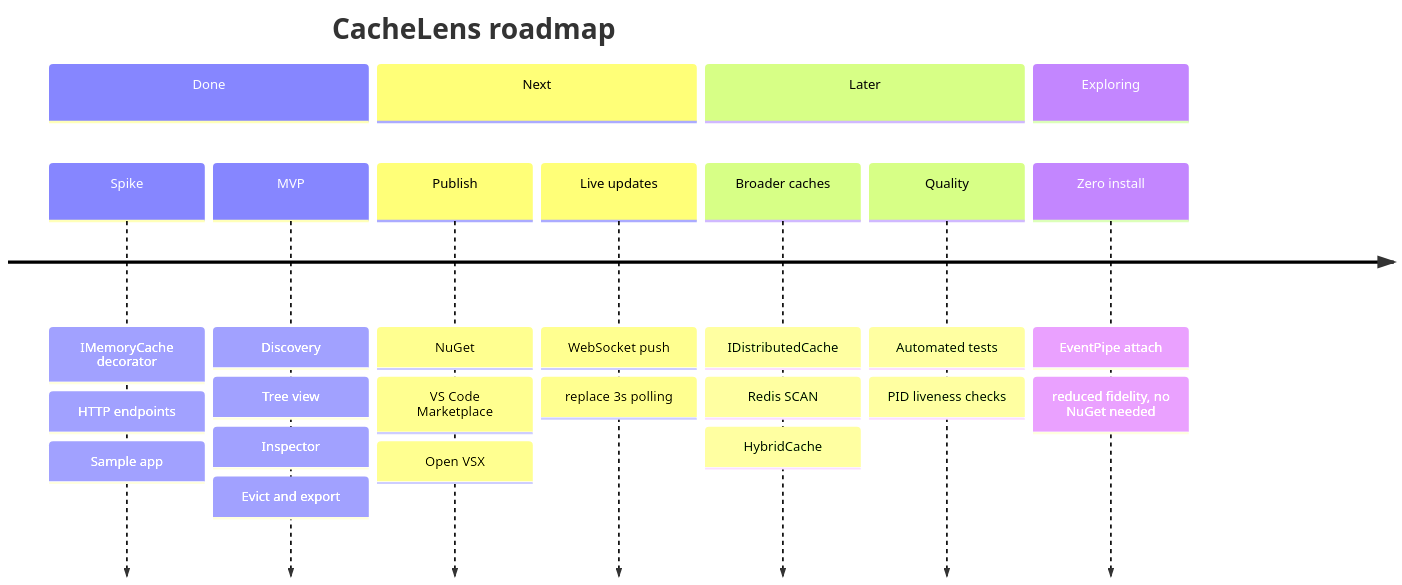
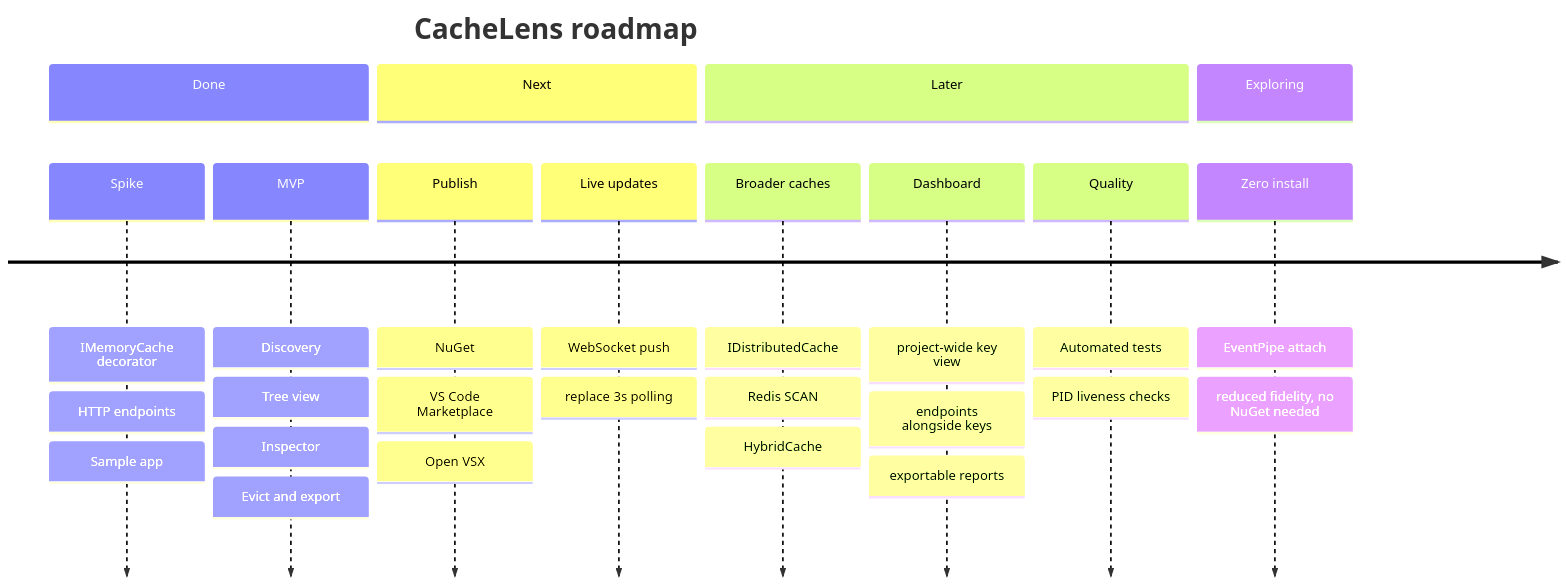
Diagram 13 of 13 in docs/architecture.md (kumaresh-rgb/CacheLens), drawn with Mermaid before and after one commit. The commit also changed 1 other file, not shown here.

First paragraph of the commit message:
Replace static setup steps with an interactive walkthrough
Three changes to the site, plus the dashboard idea captured in the roadmap.

````diff
--- a/docs/architecture.md
+++ b/docs/architecture.md
@@ -672,15 +672,16 @@
 ```mermaid
 timeline
     title CacheLens roadmap
     section Done
         Spike : IMemoryCache decorator : HTTP endpoints : Sample app
         MVP : Discovery : Tree view : Inspector : Evict and export
     section Next
         Publish : NuGet : VS Code Marketplace : Open VSX
         Live updates : WebSocket push : replace 3s polling
     section Later
         Broader caches : IDistributedCache : Redis SCAN : HybridCache
+        Dashboard : project-wide key view : endpoints alongside keys : exportable reports
         Quality : Automated tests : PID liveness checks
     section Exploring
         Zero install : EventPipe attach : reduced fidelity, no NuGet needed
 ```
````
